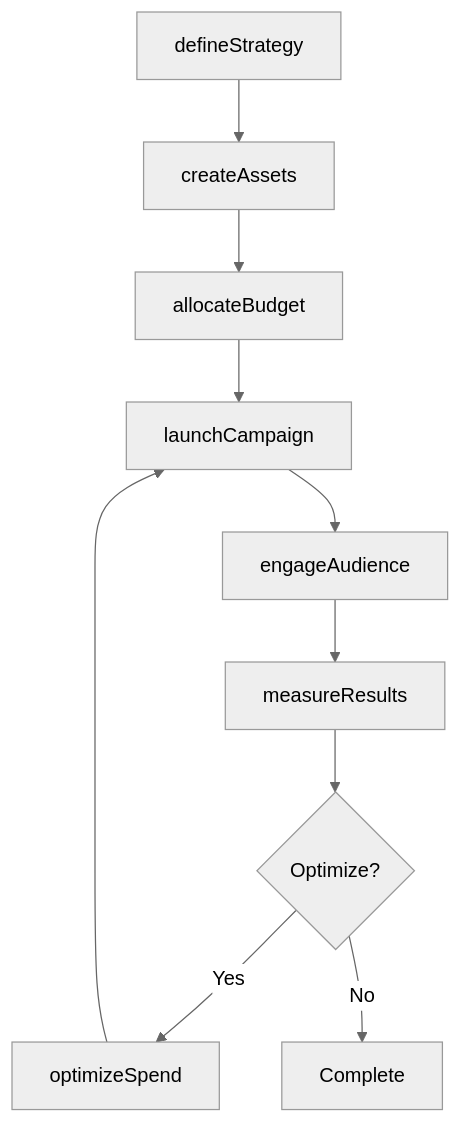
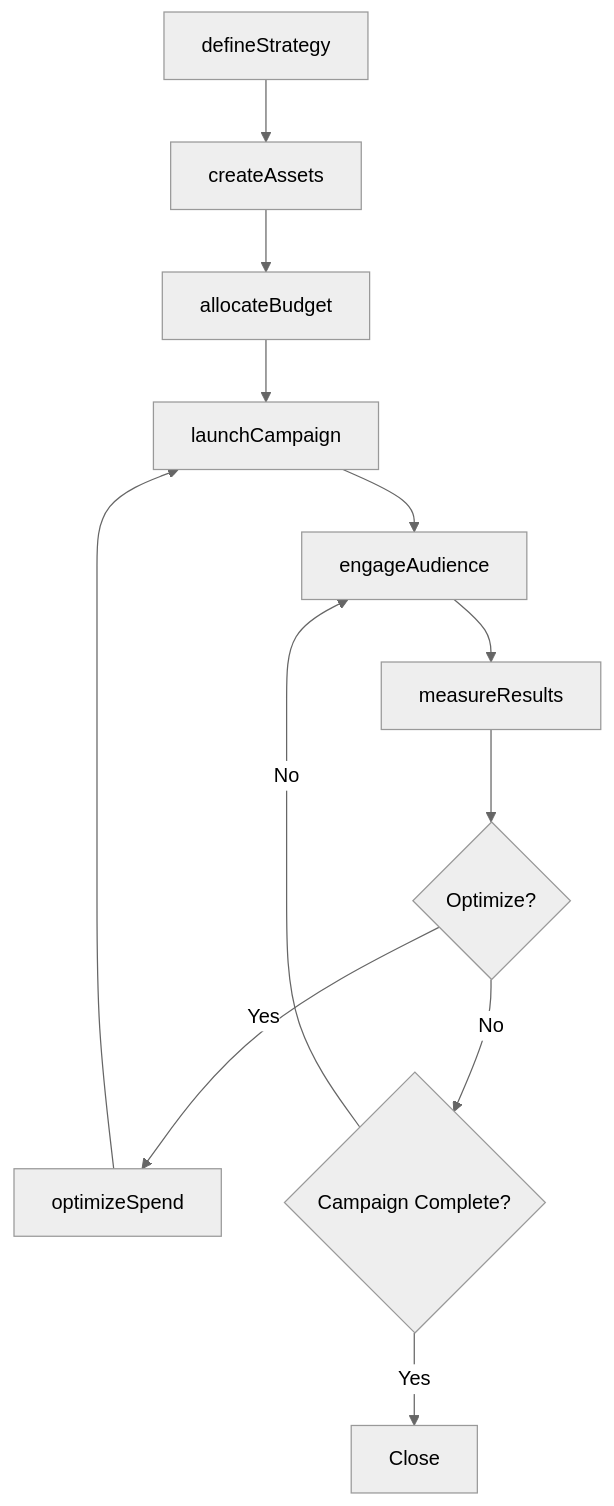
One commit to dot-org-ai/tasks.org.ai changed the third of 4 diagrams in SellingOrInfluencingOthers/PromoteProductsServicesOrPrograms/PromoteProductsServicesPrograms.mdx. Above: the diagram before and after it, drawn with Mermaid (neutral theme). The commit also changed other lines of this file and 504 other files, not shown here.

First line of the commit message:
feat: Add ER diagrams, state diagrams, and workflow improvements to 96 DWA task files

````diff
--- a/SellingOrInfluencingOthers/PromoteProductsServicesOrPrograms/PromoteProductsServicesPrograms.mdx
+++ b/SellingOrInfluencingOthers/PromoteProductsServicesOrPrograms/PromoteProductsServicesPrograms.mdx
@@ -88,12 +115,14 @@
 ```mermaid
 graph TD
     A[defineStrategy] --> B[createAssets]
     B --> C[allocateBudget]
     C --> D[launchCampaign]
     D --> E[engageAudience]
     E --> F[measureResults]
     F --> G{Optimize?}
     G -->|Yes| H[optimizeSpend]
     H --> D
-    G -->|No| I[Complete]
+    G -->|No| I{Campaign Complete?}
+    I -->|No| E
+    I -->|Yes| J[Close]
 ```
````
